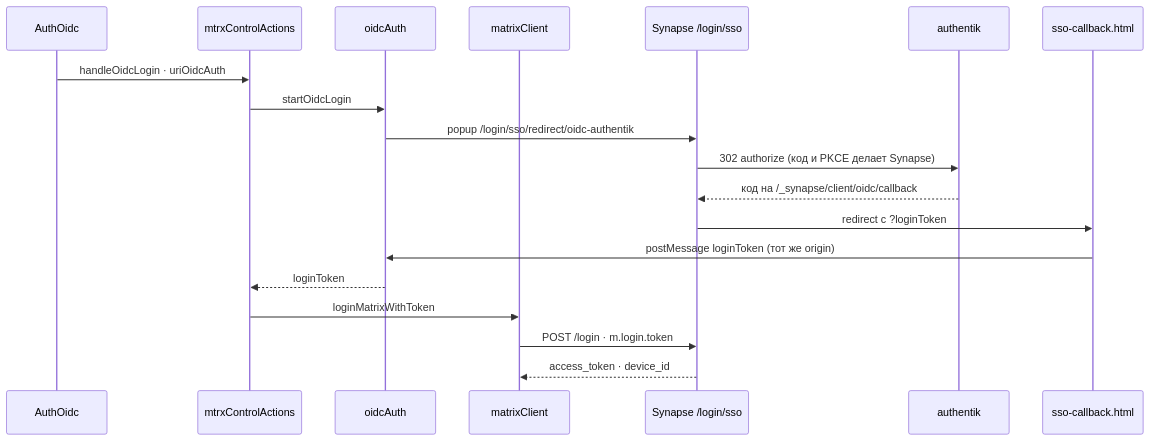
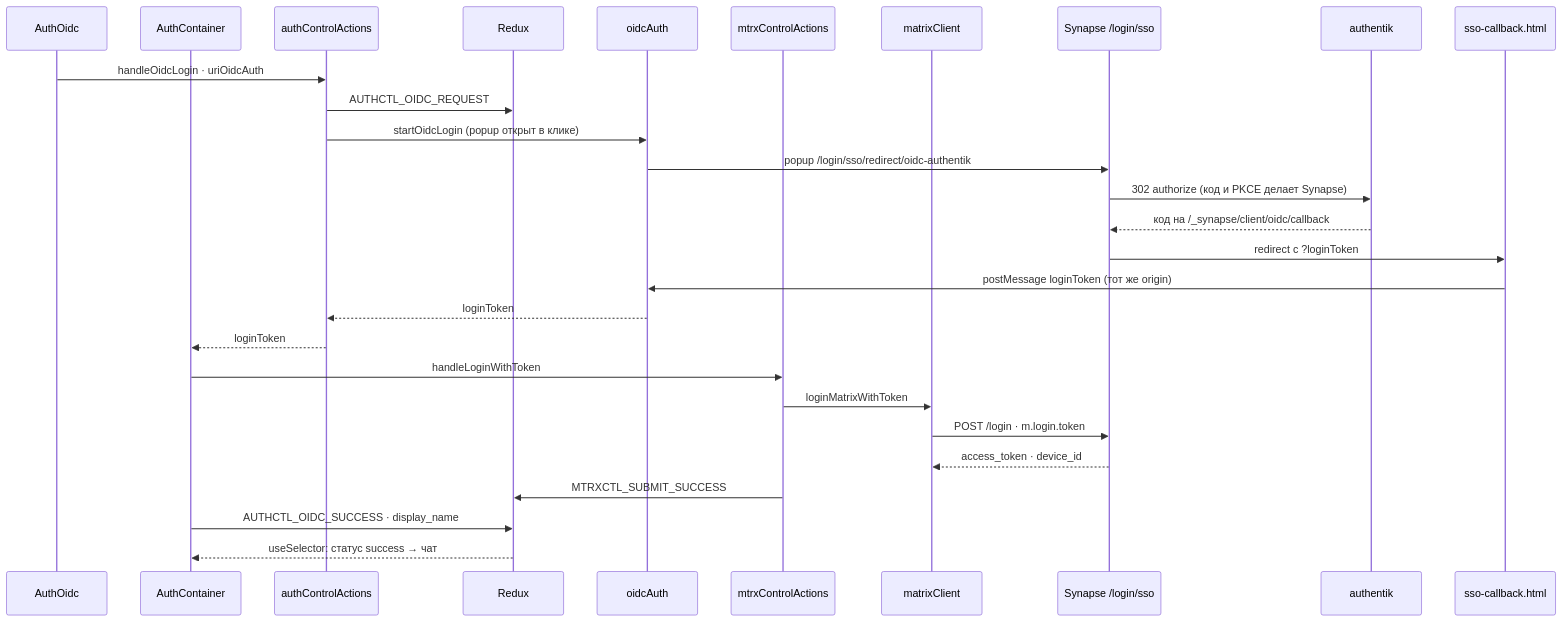
One commit to ars-anosov/matrix-react changed the third of 6 diagrams in docs/STATE.md. Above: the diagram before and after it, drawn with Mermaid. The commit also changed other lines of this file and 24 other files, not shown here.

````diff
--- a/docs/STATE.md
+++ b/docs/STATE.md
@@ -151,21 +161,30 @@
 ```mermaid
 sequenceDiagram
   participant Form as AuthOidc
-  participant Act as mtrxControlActions
+  participant Br as AuthContainer
+  participant Act as authControlActions
+  participant RX as Redux
   participant Oidc as oidcAuth
+  participant MAct as mtrxControlActions
   participant Cl as matrixClient
   participant SSO as Synapse /login/sso
   participant AK as authentik
   participant CB as sso-callback.html
   Form->>Act: handleOidcLogin · uriOidcAuth
-  Act->>Oidc: startOidcLogin
+  Act->>RX: AUTHCTL_OIDC_REQUEST
+  Act->>Oidc: startOidcLogin (popup открыт в клике)
   Oidc->>SSO: popup /login/sso/redirect/oidc-authentik
   SSO->>AK: 302 authorize (код и PKCE делает Synapse)
   AK-->>SSO: код на /_synapse/client/oidc/callback
   SSO->>CB: redirect с ?loginToken
   CB->>Oidc: postMessage loginToken (тот же origin)
   Oidc-->>Act: loginToken
-  Act->>Cl: loginMatrixWithToken
+  Act-->>Br: loginToken
+  Br->>MAct: handleLoginWithToken
+  MAct->>Cl: loginMatrixWithToken
   Cl->>SSO: POST /login · m.login.token
   SSO-->>Cl: access_token · device_id
+  MAct->>RX: MTRXCTL_SUBMIT_SUCCESS
+  Br->>RX: AUTHCTL_OIDC_SUCCESS · display_name
+  RX-->>Br: useSelector: статус success → чат
 ```
````
